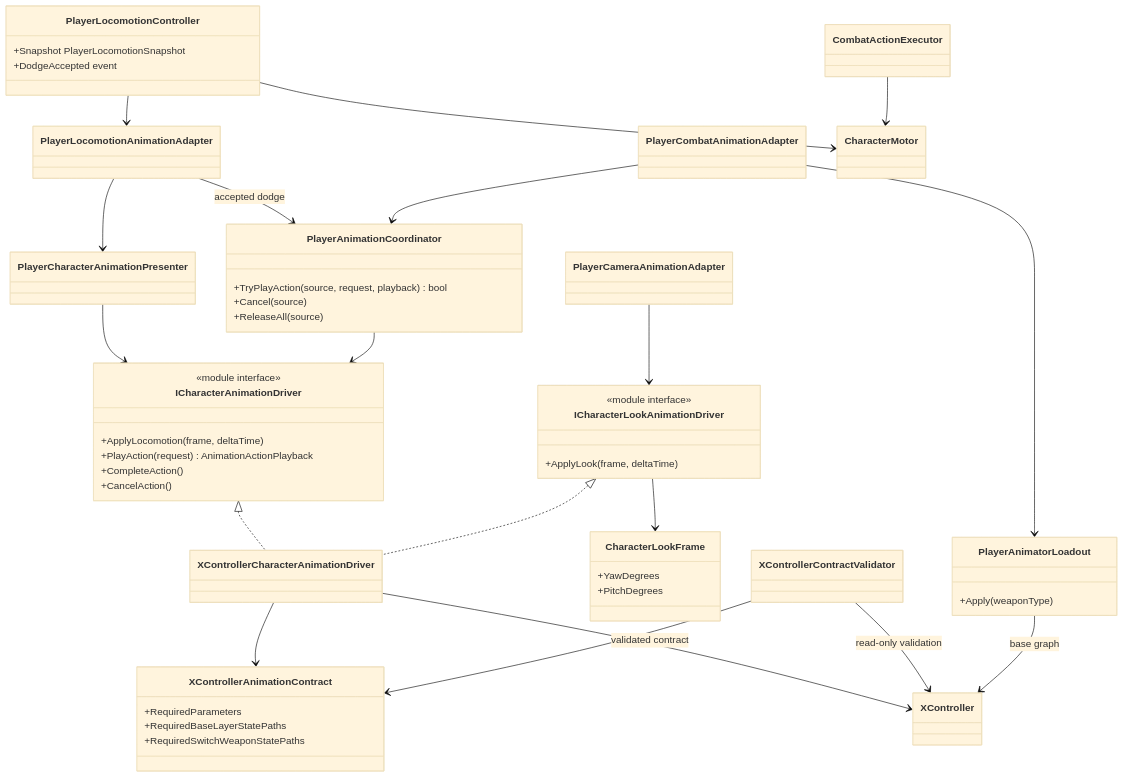
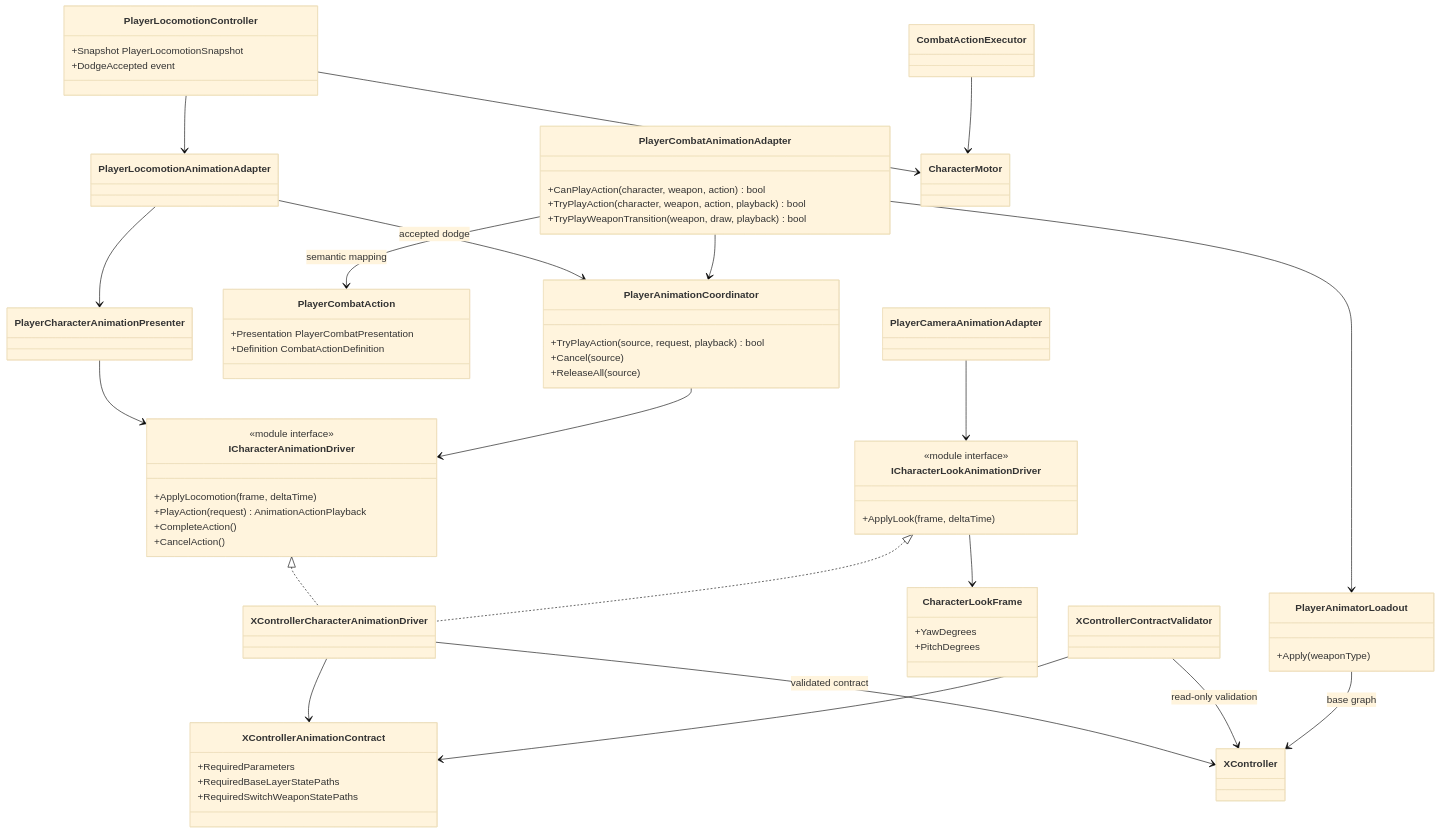
One commit to MaximFonariuc/project-s changed the diagram in Docs/Architecture/Player.Animation.md. Above: the diagram before and after it, drawn with Mermaid (base theme). The commit also changed 7 other files, not shown here.

Commit message:
refactor(combat): hide animation slot mapping

````diff
--- a/Docs/Architecture/Player.Animation.md
+++ b/Docs/Architecture/Player.Animation.md
@@ -10,63 +10,72 @@
 ```mermaid
 classDiagram
     class PlayerLocomotionController {
         +Snapshot PlayerLocomotionSnapshot
         +DodgeAccepted event
     }
     class PlayerLocomotionAnimationAdapter
     class PlayerCharacterAnimationPresenter
-    class PlayerCombatAnimationAdapter
+    class PlayerCombatAnimationAdapter {
+        +CanPlayAction(character, weapon, action) bool
+        +TryPlayAction(character, weapon, action, playback) bool
+        +TryPlayWeaponTransition(weapon, draw, playback) bool
+    }
+    class PlayerCombatAction {
+        +Presentation PlayerCombatPresentation
+        +Definition CombatActionDefinition
+    }
     class PlayerAnimatorLoadout {
         +Apply(weaponType)
     }
     class PlayerAnimationCoordinator {
         +TryPlayAction(source, request, playback) bool
         +Cancel(source)
         +ReleaseAll(source)
     }
     class ICharacterAnimationDriver {
         <<module interface>>
         +ApplyLocomotion(frame, deltaTime)
         +PlayAction(request) AnimationActionPlayback
         +CompleteAction()
         +CancelAction()
     }
     class ICharacterLookAnimationDriver {
         <<module interface>>
         +ApplyLook(frame, deltaTime)
     }
     class CharacterLookFrame {
         +YawDegrees
         +PitchDegrees
     }
     class XControllerAnimationContract {
         +RequiredParameters
         +RequiredBaseLayerStatePaths
         +RequiredSwitchWeaponStatePaths
     }
     class XControllerCharacterAnimationDriver
     class XControllerContractValidator
     class PlayerCameraAnimationAdapter
     class XController
     class CharacterMotor
     class CombatActionExecutor
 
     PlayerLocomotionController --> PlayerLocomotionAnimationAdapter
     PlayerLocomotionAnimationAdapter --> PlayerCharacterAnimationPresenter
     PlayerLocomotionAnimationAdapter --> PlayerAnimationCoordinator : accepted dodge
     PlayerCombatAnimationAdapter --> PlayerAnimationCoordinator
     PlayerCombatAnimationAdapter --> PlayerAnimatorLoadout
+    PlayerCombatAnimationAdapter --> PlayerCombatAction : semantic mapping
     PlayerCharacterAnimationPresenter --> ICharacterAnimationDriver
     PlayerAnimationCoordinator --> ICharacterAnimationDriver
     PlayerCameraAnimationAdapter --> ICharacterLookAnimationDriver
     ICharacterLookAnimationDriver --> CharacterLookFrame
     ICharacterAnimationDriver <|.. XControllerCharacterAnimationDriver
     ICharacterLookAnimationDriver <|.. XControllerCharacterAnimationDriver
     XControllerCharacterAnimationDriver --> XControllerAnimationContract
     XControllerCharacterAnimationDriver --> XController : validated contract
     XControllerContractValidator --> XControllerAnimationContract
     XControllerContractValidator --> XController : read-only validation
     PlayerAnimatorLoadout --> XController : base graph
     PlayerLocomotionController --> CharacterMotor
     CombatActionExecutor --> CharacterMotor
 ```
````
